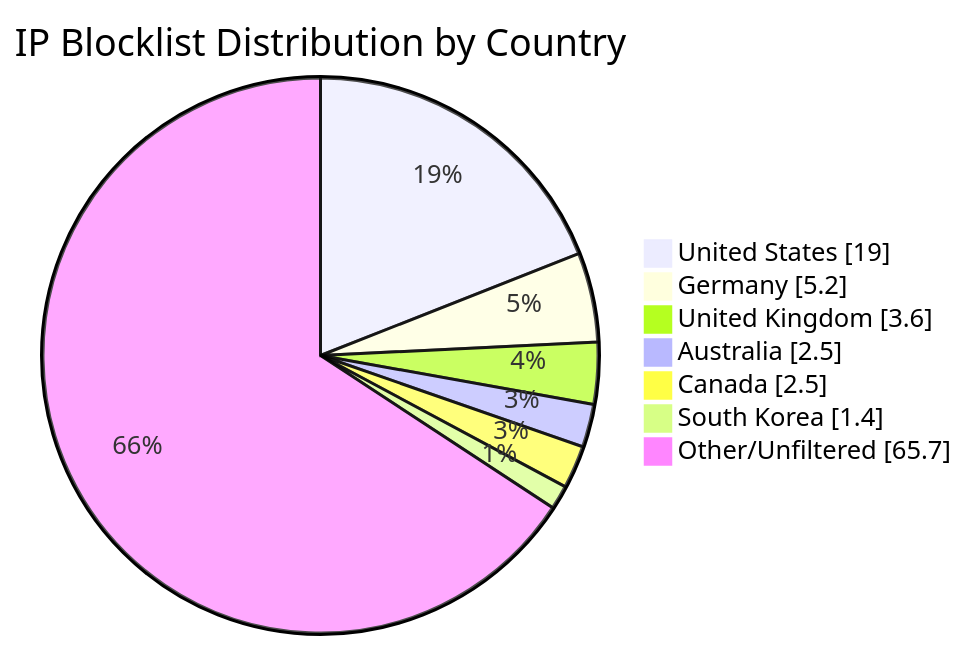
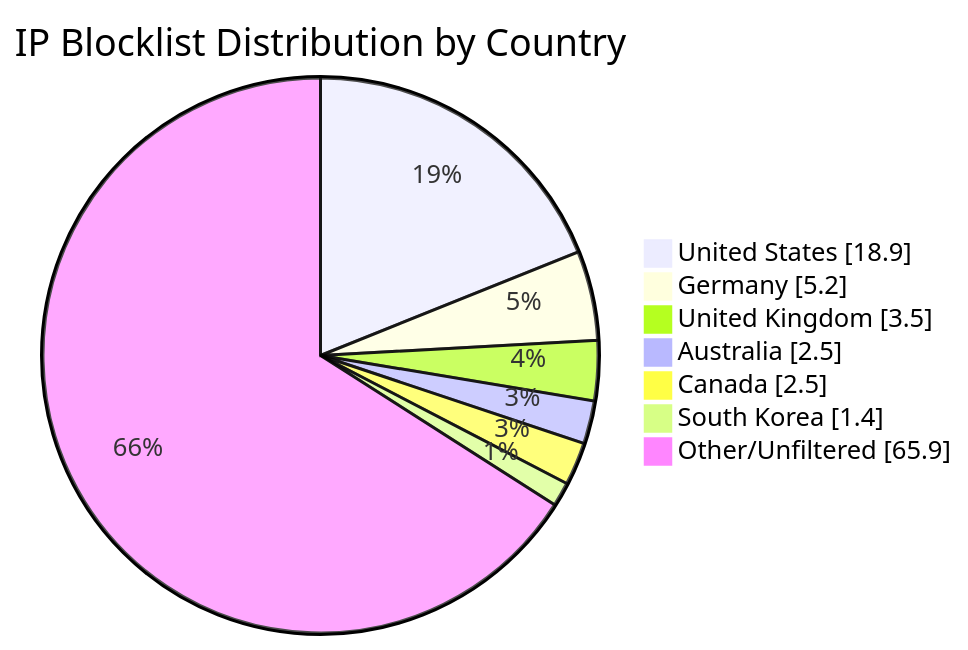
One commit to MarcusHoltz/ipblocklist-geofiltered-aggregator changed the diagram in README.md. Above: the diagram before and after it, drawn with Mermaid. The commit also changed other lines of this file and 9 other files, not shown here.

````diff
--- a/README.md
+++ b/README.md
@@ -34,10 +34,10 @@
 ```mermaid
 pie showData title IP Blocklist Distribution by Country
-"United States" : 19.0
+"United States" : 18.9
 "Germany" : 5.2
-"United Kingdom" : 3.6
+"United Kingdom" : 3.5
 "Australia" : 2.5
 "Canada" : 2.5
 "South Korea" : 1.4
-"Other/Unfiltered" : 65.7
+"Other/Unfiltered" : 65.9
 ```
````
